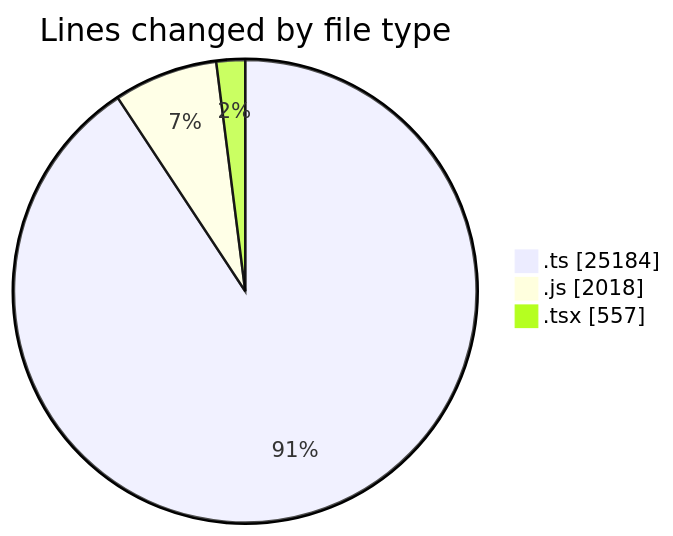
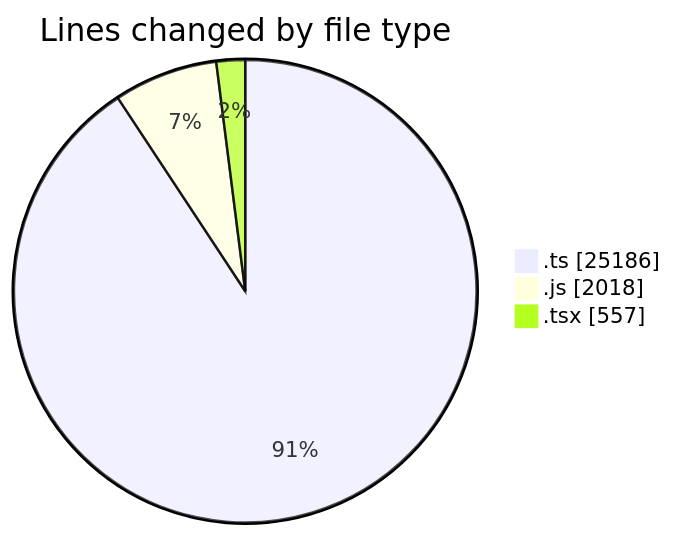
Before and after one commit to momahboobian/code-tracking: the first of 2 diagrams in 2025-06-20/cda/README.md, drawn with Mermaid. The commit also changed other lines of this file and 1 other file, not shown here.

````diff
--- a/2025-06-20/cda/README.md
+++ b/2025-06-20/cda/README.md
@@ -40,7 +40,7 @@
 ```mermaid
 pie showData
 title Lines changed by file type
-".ts" : 25184
+".ts" : 25186
 ".js" : 2018
 ".tsx" : 557
 ```
````
